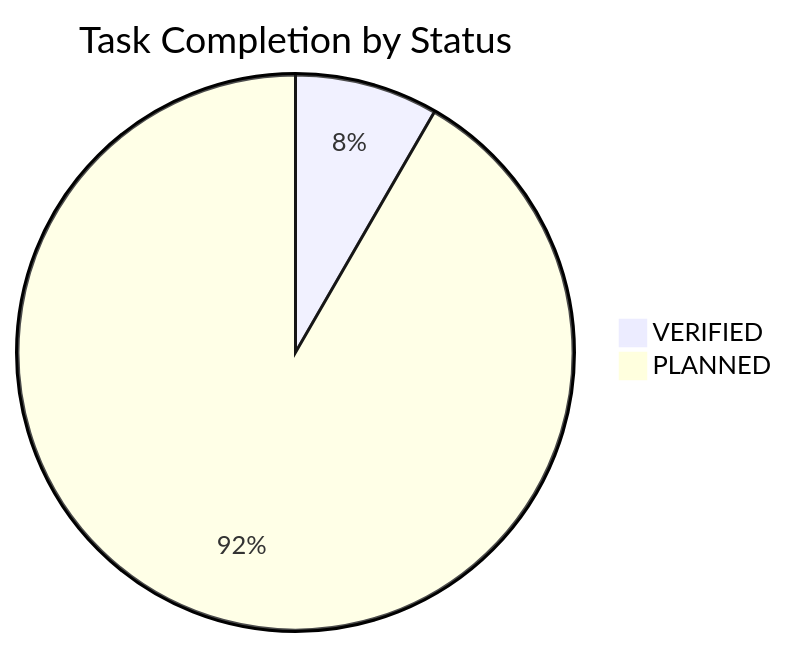
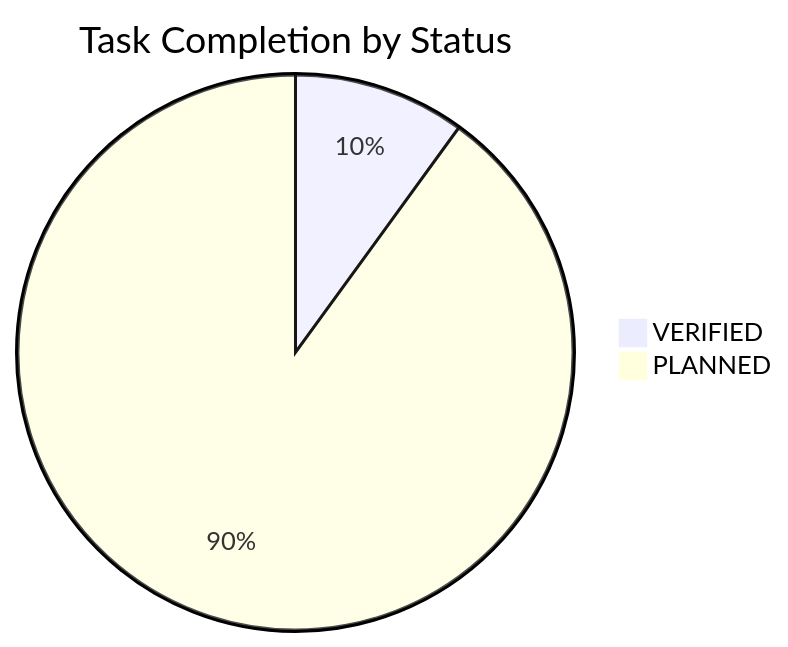
One commit to NguyenTriBaoThang/ClearWayAI changed the diagram in docs/TASK_BOARD.md. Above: the diagram before and after it, drawn with Mermaid. The commit also changed other lines of this file and 20 other files, not shown here.

````diff
--- a/docs/TASK_BOARD.md
+++ b/docs/TASK_BOARD.md
@@ -16,5 +16,5 @@
 ```mermaid
 pie title Task Completion by Status
-    "VERIFIED" : 5
-    "PLANNED" : 55
+    "VERIFIED" : 6
+    "PLANNED" : 54
 ```
````
